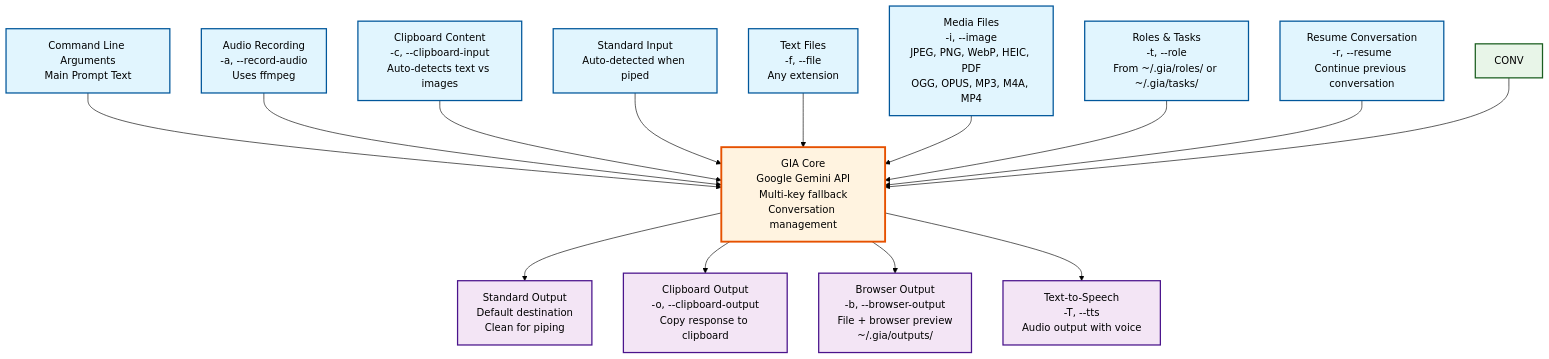
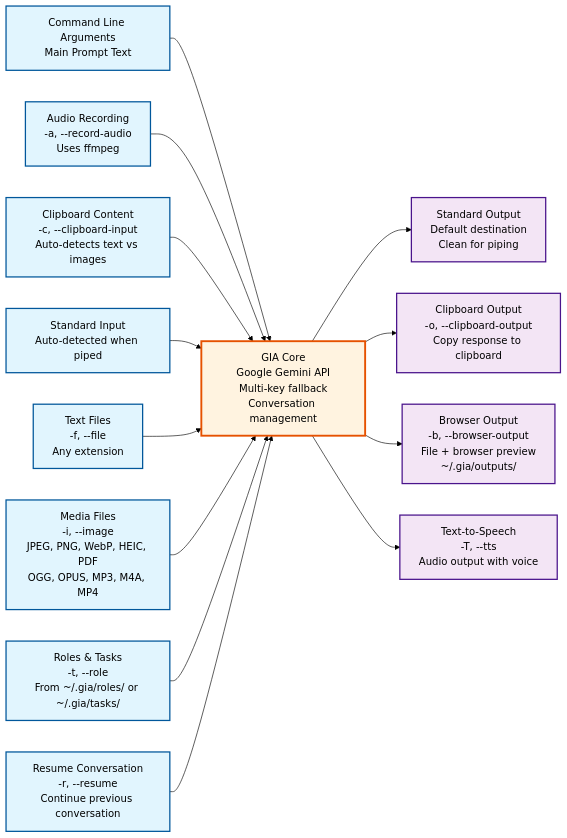
One commit to panjamo/gia changed the diagram in gia-flow-diagram.md. Above: the diagram before and after it, drawn with Mermaid (forest theme).

Commit message:
fixup! ✨ feat: Add GIA input/output flow diagram and explanation

````diff
--- a/gia-flow-diagram.md
+++ b/gia-flow-diagram.md
@@ -5,50 +5,47 @@
 ```mermaid
-flowchart TD
-    %% Input Sources
+flowchart LR
+    %% Input Sources (Left Side)
     CMD[Command Line Arguments<br/>Main Prompt Text]
     AUDIO[Audio Recording<br/>-a, --record-audio<br/>Uses ffmpeg]
     CLIPBOARD[Clipboard Content<br/>-c, --clipboard-input<br/>Auto-detects text vs images]
     STDIN[Standard Input<br/>Auto-detected when piped]
     TEXTFILES[Text Files<br/>-f, --file<br/>Any extension]
     MEDIAFILES[Media Files<br/>-i, --image<br/>JPEG, PNG, WebP, HEIC, PDF<br/>OGG, OPUS, MP3, M4A, MP4]
     ROLES[Roles & Tasks<br/>-t, --role<br/>From ~/.gia/roles/ or ~/.gia/tasks/]
     RESUME[Resume Conversation<br/>-r, --resume<br/>Continue previous conversation]
 
-    %% Processing Core
+    %% Processing Core (Center)
     GIA[GIA Core<br/>Google Gemini API<br/>Multi-key fallback<br/>Conversation management]
 
-    %% Output Destinations
+    %% Output Destinations (Right Side)
     STDOUT[Standard Output<br/>Default destination<br/>Clean for piping]
     CLIPOUT[Clipboard Output<br/>-o, --clipboard-output<br/>Copy response to clipboard]
     BROWSER[Browser Output<br/>-b, --browser-output<br/>File + browser preview<br/>~/.gia/outputs/]
     TTS[Text-to-Speech<br/>-T, --tts<br/>Audio output with voice]
 
-    %% Input Flow
+    %% Input Flow (Left to Center)
     CMD --> GIA
     AUDIO --> GIA
     CLIPBOARD --> GIA
     STDIN --> GIA
     TEXTFILES --> GIA
     MEDIAFILES --> GIA
     ROLES --> GIA
     RESUME --> GIA
-    CONV --> GIA
 
-    %% Output Flow
+    %% Output Flow (Center to Right)
     GIA --> STDOUT
     GIA --> CLIPOUT
     GIA --> BROWSER
     GIA --> TTS
-
 
     %% Styling
     classDef inputSource fill:#e1f5fe,stroke:#01579b,stroke-width:2px,color:#000000
     classDef outputDest fill:#f3e5f5,stroke:#4a148c,stroke-width:2px,color:#000000
     classDef core fill:#fff3e0,stroke:#e65100,stroke-width:3px,color:#000000
     classDef storage fill:#e8f5e8,stroke:#1b5e20,stroke-width:2px,color:#000000
 
     class CMD,AUDIO,CLIPBOARD,STDIN,TEXTFILES,MEDIAFILES,ROLES,RESUME inputSource
     class STDOUT,CLIPOUT,BROWSER,TTS outputDest
     class GIA core
-    class CONV,LIST,SHOW storage
 ```
````
